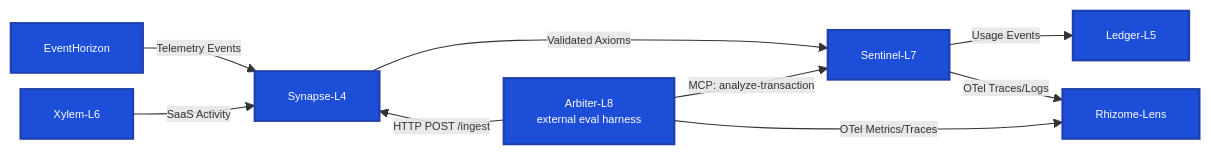
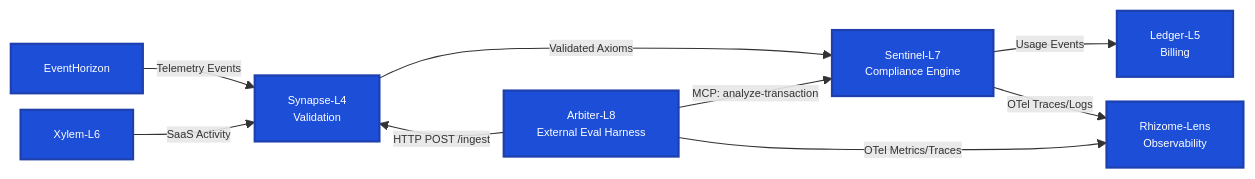
The diagram in README.md (obrienma/Rhizome-Risk), drawn with Mermaid before and after one commit. The commit also changed other lines of this file, not shown here.

Commit message:
Added Arbiter-L8 to "How it works"

````diff
--- a/README.md
+++ b/README.md
@@ -38,33 +39,33 @@
 ```mermaid
 %%{init: {'themeVariables': {'fontSize': '10px'}, 'flowchart': {'nodeSpacing': 15, 'rankSpacing': 25}}}%%
 flowchart LR
     EH[EventHorizon]
     XY[Xylem-L6]
-    SL[Synapse-L4]
-    AR[Arbiter-L8<br/>external eval harness]
-    SentinelL7[Sentinel-L7]
-    LE[Ledger-L5]
-    RL[Rhizome-Lens]
+    SL[Synapse-L4<br/>Validation]
+    AR[Arbiter-L8<br/>External Eval Harness]
+    SentinelL7[Sentinel-L7<br/>Compliance Engine]
+    LE[Ledger-L5<br/>Billing]
+    RL[Rhizome-Lens<br/>Observability]
 
     SL ~~~ AR
 
     EH -->|Telemetry Events| SL
     XY -->|SaaS Activity| SL
     SL -->|Validated Axioms| SentinelL7
     SentinelL7 -->|Usage Events| LE
     SentinelL7 -->|OTel Traces/Logs| RL
     AR -->|HTTP POST /ingest| SL
     AR -->|MCP: analyze-transaction| SentinelL7
     AR -->|OTel Metrics/Traces| RL
 
     click EH "https://github.com/obrienma/EventHorizon#readme" "Go to EventHorizon repo"
     click XY "https://github.com/obrienma/Xylem-L6#readme" "Go to Xylem-L6 repo"
     click SL "https://github.com/obrienma/synapse-l4#readme" "Go to Synapse-L4 repo"
     click AR "https://github.com/obrienma/Arbiter-L8#readme" "Go to Arbiter-L8 repo"
     click SentinelL7 "https://github.com/obrienma/sentinel-L7#readme" "Go to Sentinel-L7 repo"
     click LE "https://github.com/obrienma/Ledger-L5#readme" "Go to Ledger-L5 repo"
     click RL "https://github.com/obrienma/Rhizome-Lens#readme" "Go to Rhizome-Lens repo"
 
     classDef clickable fill:#1d4ed8,stroke:#1e40af,stroke-width:2px,color:#ffffff
     class EH,XY,SL,AR,SentinelL7,LE,RL clickable
 ```
````
